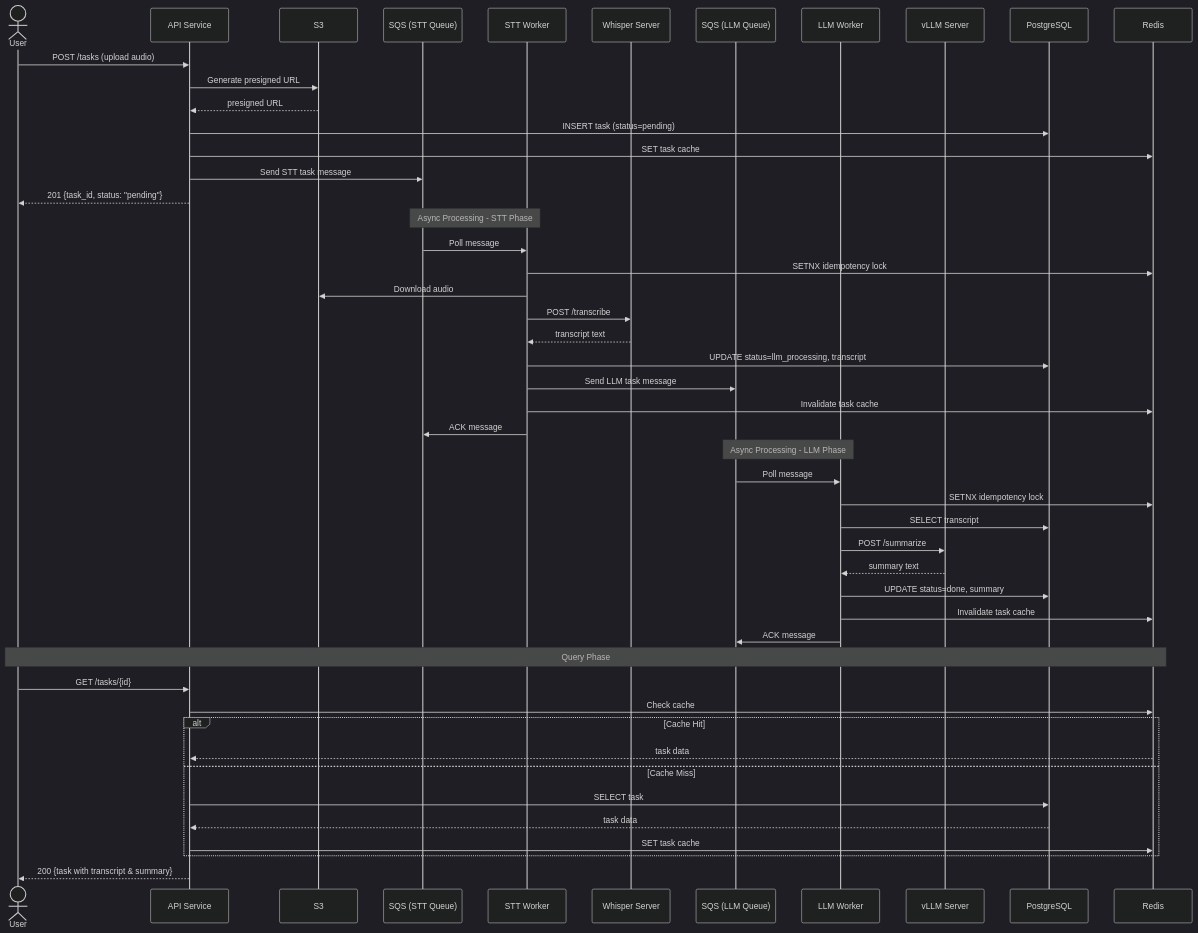
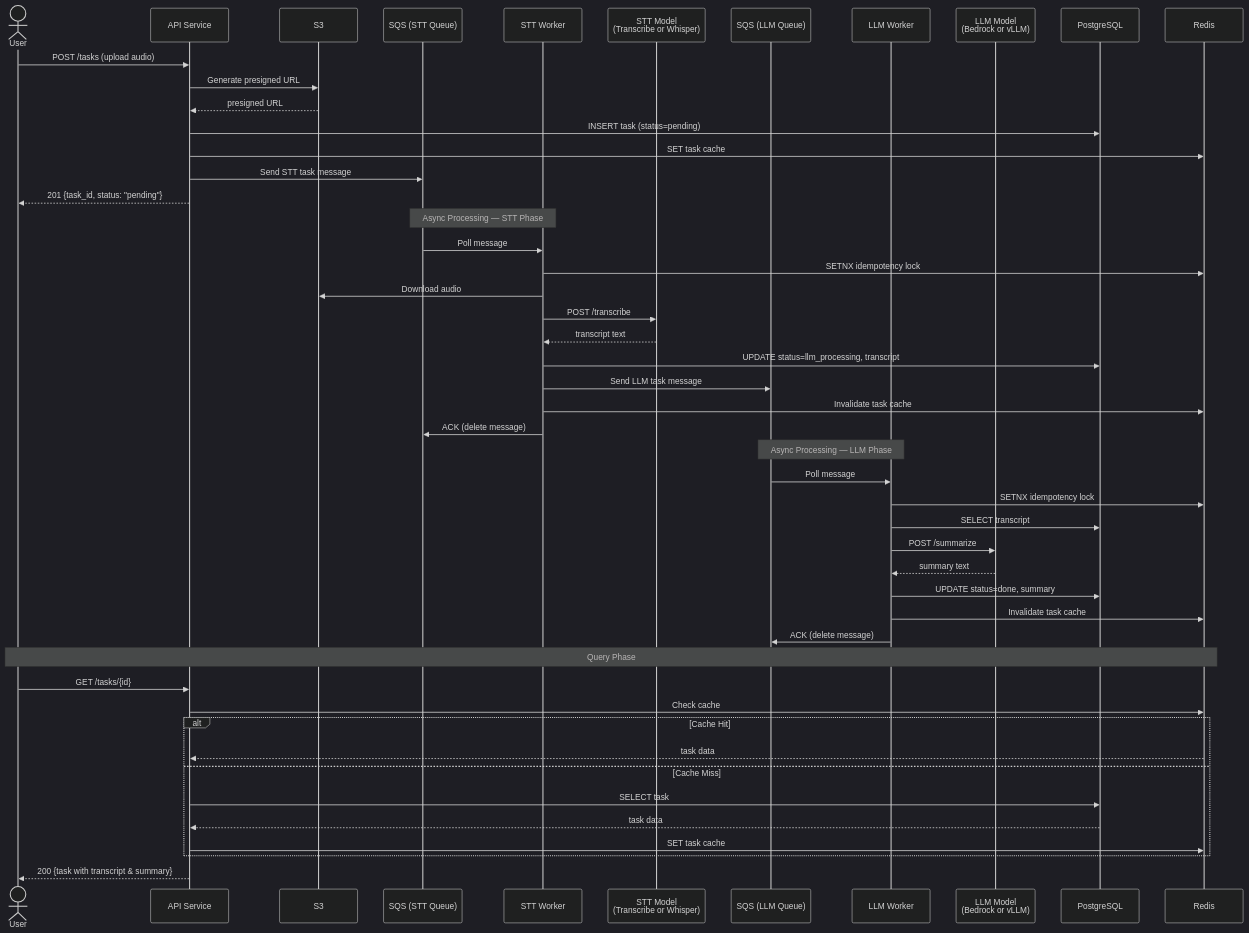
Before and after one commit to m24927605/system-architecture-design: the fourth of 11 diagrams in ARCHITECTURE.md, drawn with Mermaid (dark theme). The commit also changed other lines of this file, not shown here.

First line of the commit message:
docs: rewrite ARCHITECTURE.md with 3-phase evolutionary architecture

````diff
--- a/ARCHITECTURE.md
+++ b/ARCHITECTURE.md
@@ -100,58 +504,58 @@
 ```mermaid
 sequenceDiagram
     actor User
     participant API as API Service
     participant S3
     participant SQS as SQS (STT Queue)
     participant STTW as STT Worker
-    participant Whisper as Whisper Server
+    participant Whisper as STT Model<br/>(Transcribe or Whisper)
     participant LLMQ as SQS (LLM Queue)
     participant LLMW as LLM Worker
-    participant vLLM as vLLM Server
+    participant vLLM as LLM Model<br/>(Bedrock or vLLM)
     participant PG as PostgreSQL
     participant Redis
 
     User->>API: POST /tasks (upload audio)
     API->>S3: Generate presigned URL
     S3-->>API: presigned URL
     API->>PG: INSERT task (status=pending)
     API->>Redis: SET task cache
     API->>SQS: Send STT task message
     API-->>User: 201 {task_id, status: "pending"}
 
-    Note over SQS,STTW: Async Processing - STT Phase
+    Note over SQS,STTW: Async Processing — STT Phase
 
     SQS->>STTW: Poll message
     STTW->>Redis: SETNX idempotency lock
     STTW->>S3: Download audio
     STTW->>Whisper: POST /transcribe
     Whisper-->>STTW: transcript text
     STTW->>PG: UPDATE status=llm_processing, transcript
     STTW->>LLMQ: Send LLM task message
     STTW->>Redis: Invalidate task cache
-    STTW->>SQS: ACK message
+    STTW->>SQS: ACK (delete message)
 
-    Note over LLMQ,LLMW: Async Processing - LLM Phase
+    Note over LLMQ,LLMW: Async Processing — LLM Phase
 
     LLMQ->>LLMW: Poll message
     LLMW->>Redis: SETNX idempotency lock
     LLMW->>PG: SELECT transcript
     LLMW->>vLLM: POST /summarize
     vLLM-->>LLMW: summary text
     LLMW->>PG: UPDATE status=done, summary
     LLMW->>Redis: Invalidate task cache
-    LLMW->>LLMQ: ACK message
+    LLMW->>LLMQ: ACK (delete message)
 
     Note over User,Redis: Query Phase
 
     User->>API: GET /tasks/{id}
     API->>Redis: Check cache
     alt Cache Hit
         Redis-->>API: task data
     else Cache Miss
         API->>PG: SELECT task
         PG-->>API: task data
         API->>Redis: SET task cache
     end
     API-->>User: 200 {task with transcript & summary}
 ```
````
